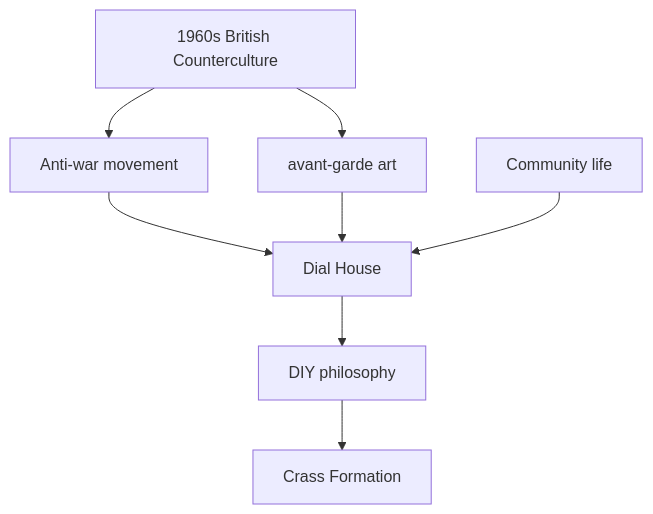
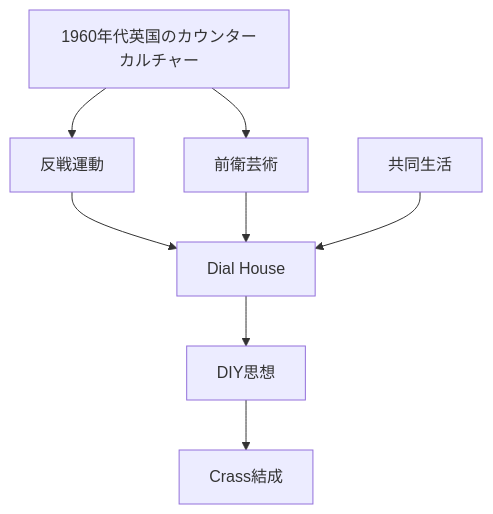
One commit to monumental-movement/monumental-movement.github.io changed the first of 10 diagrams in en/_posts/2026-07-13-column-penny-rimbaud.md. Above: the diagram before and after it, drawn with Mermaid. The commit also changed other lines of this file and 2196 other files, not shown here.

```diff
--- a/en/_posts/2026-07-13-column-penny-rimbaud.md
+++ b/en/_posts/2026-07-13-column-penny-rimbaud.md
@@ -179,19 +179,19 @@
 <div class="mermaid">
 graph TD
 
-A["1960s British Counterculture"]
-B["Anti-war movement"]
-C["avant-garde art"]
-D["Community life"]
+A["1960年代英国のカウンターカルチャー"]
+B["反戦運動"]
+C["前衛芸術"]
+D["共同生活"]
 E["Dial House"]
-F["DIY philosophy"]
-G["Crass Formation"]
+F["DIY思想"]
+G["Crass結成"]
 
 A --> B
 A --> C
 B --> E
 C --> E
 D --> E
 E --> F
 F --> G
 </div>
```
